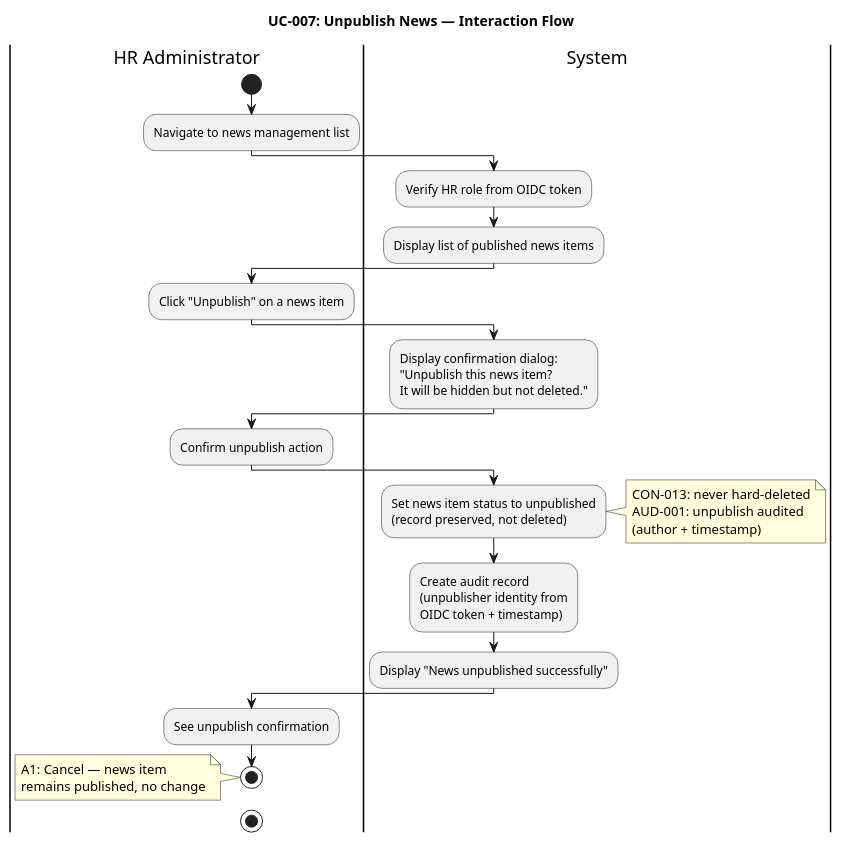
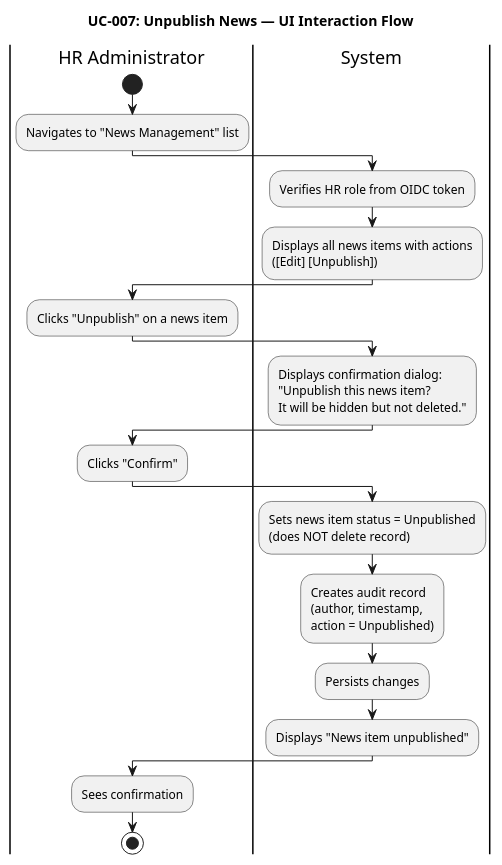
Diagram 23 of 32 in docs/artifacts/analysis---design/design-model.md (banense-test/portal-cuba-corp), drawn with PlantUML before and after one commit. The commit also changed other lines of this file, not shown here.

````diff
--- a/docs/artifacts/analysis---design/design-model.md
+++ b/docs/artifacts/analysis---design/design-model.md
@@ -2076,36 +1936,26 @@
 ```plantuml
 @startuml
-title UC-007: Unpublish News — Interaction Flow
-
-|HR Administrator|
-|System|
+title UC-007: Unpublish News — UI Interaction Flow
 
 |HR Administrator|
 start
-:Navigate to news management list;
+:Navigates to "News Management" list;
 |System|
-:Verify HR role from OIDC token;
+:Verifies HR role from OIDC token;
+:Displays all news items with actions\n([Edit] [Unpublish]);
+|HR Administrator|
+:Clicks "Unpublish" on a news item;
 |System|
-:Display list of published news items;
+:Displays confirmation dialog:\n"Unpublish this news item?\nIt will be hidden but not deleted.";
 |HR Administrator|
-:Click "Unpublish" on a news item;
+:Clicks "Confirm";
 |System|
-:Display confirmation dialog:\n"Unpublish this news item?\nIt will be hidden but not deleted.";
+:Sets news item status = Unpublished\n(does NOT delete record);
+:Creates audit record\n(author, timestamp,\naction = Unpublished);
+:Persists changes;
+:Displays "News item unpublished";
 |HR Administrator|
-:Confirm unpublish action;
-|System|
-:Set news item status to unpublished\n(record preserved, not deleted);
-note right: CON-013: never hard-deleted\nAUD-001: unpublish audited\n(author + timestamp)
-|System|
-:Create audit record\n(unpublisher identity from\nOIDC token + timestamp);
-|System|
-:Display "News unpublished successfully";
-|HR Administrator|
-:See unpublish confirmation;
-stop
-
-|HR Administrator|
-note left: A1: Cancel — news item\nremains published, no change
+:Sees confirmation;
 stop
 @enduml
 ```
````
